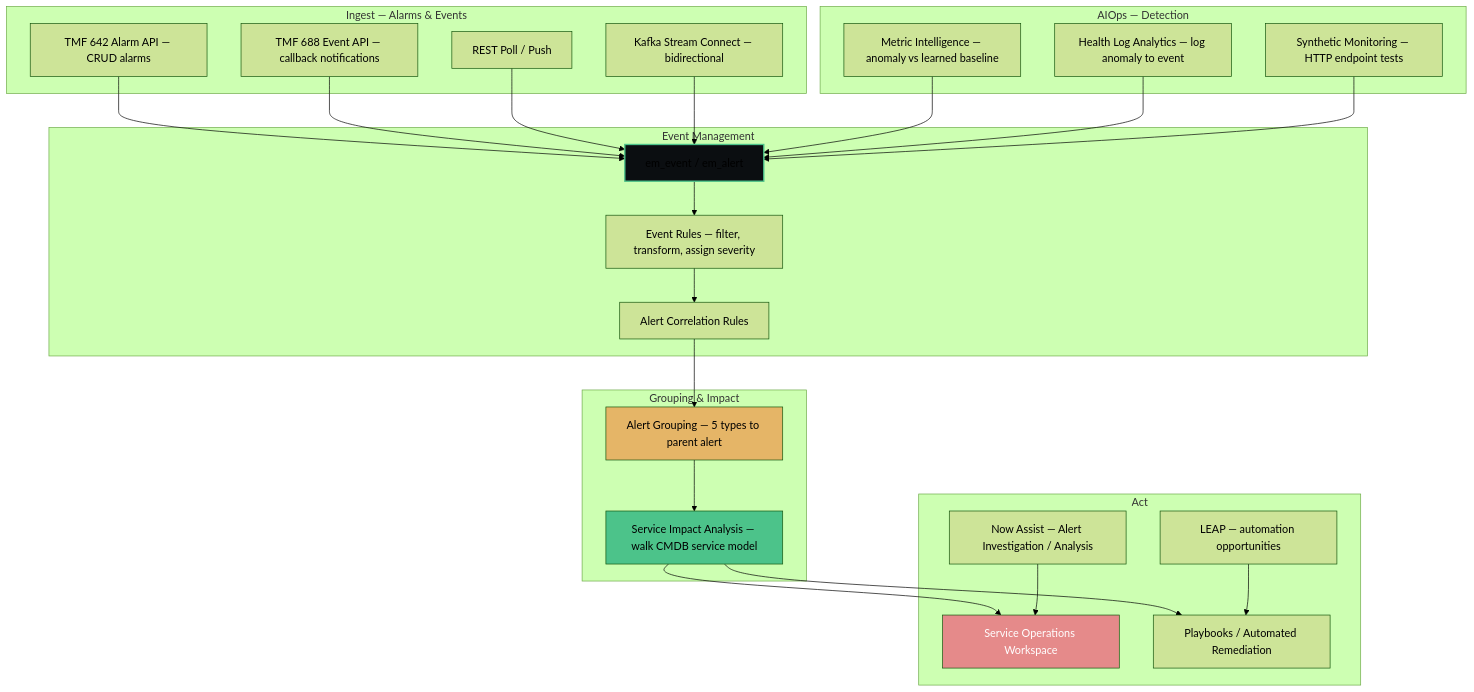
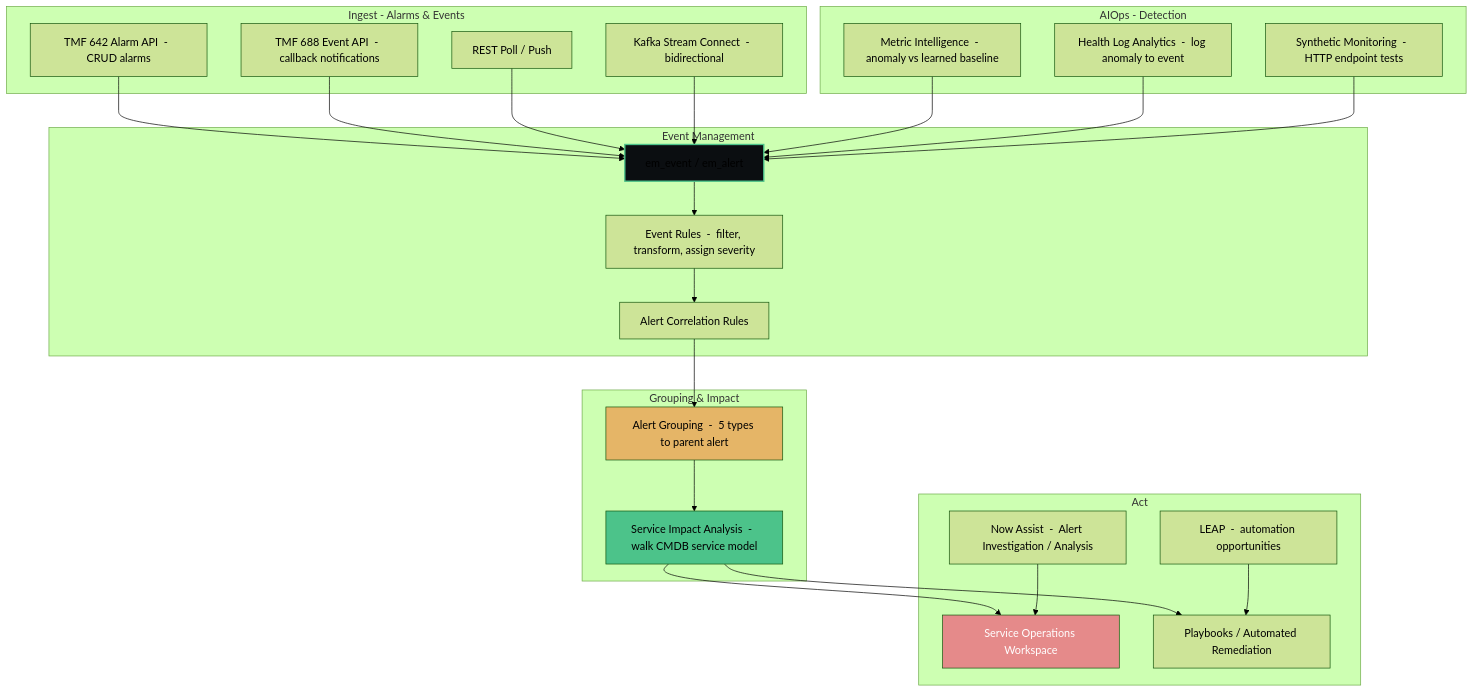
Before and after one commit to eltonaguiar/ServiceNow_Learning_TSOM-_CSM_FSM_SalesCRM_HAM_ITSM: the fourth of 6 diagrams in docs/modules/tsom/tsom-guide.md, drawn with Mermaid (forest theme). The commit also changed other lines of this file and 10 other files, not shown here.

First line of the commit message:
Fix Mermaid diagram unicode characters causing syntax errors

````diff
--- a/docs/modules/tsom/tsom-guide.md
+++ b/docs/modules/tsom/tsom-guide.md
@@ -1068,54 +1068,54 @@
 ```mermaid
 flowchart TD
-    subgraph "Ingest — Alarms & Events"
-        TMF642[TMF 642 Alarm API — CRUD alarms]
-        TMF688[TMF 688 Event API — callback notifications]
+    subgraph "Ingest  -  Alarms & Events"
+        TMF642[TMF 642 Alarm API  -  CRUD alarms]
+        TMF688[TMF 688 Event API  -  callback notifications]
         REST[REST Poll / Push]
-        KAFKA[Kafka Stream Connect — bidirectional]
+        KAFKA[Kafka Stream Connect  -  bidirectional]
     end
 
     subgraph "Event Management"
         EM[em_event / em_alert]
-        ER[Event Rules — filter, transform, assign severity]
+        ER[Event Rules  -  filter, transform, assign severity]
         AC[Alert Correlation Rules]
     end
 
-    subgraph "AIOps — Detection"
-        MI[Metric Intelligence — anomaly vs learned baseline]
-        HLA[Health Log Analytics — log anomaly to event]
-        SM[Synthetic Monitoring — HTTP endpoint tests]
+    subgraph "AIOps  -  Detection"
+        MI[Metric Intelligence  -  anomaly vs learned baseline]
+        HLA[Health Log Analytics  -  log anomaly to event]
+        SM[Synthetic Monitoring  -  HTTP endpoint tests]
     end
 
     subgraph "Grouping & Impact"
-        GRP[Alert Grouping — 5 types to parent alert]
-        SIA[Service Impact Analysis — walk CMDB service model]
+        GRP[Alert Grouping  -  5 types to parent alert]
+        SIA[Service Impact Analysis  -  walk CMDB service model]
     end
 
     subgraph "Act"
         SOW[Service Operations Workspace]
         PLAY[Playbooks / Automated Remediation]
-        LEAP[LEAP — automation opportunities]
-        NA[Now Assist — Alert Investigation / Analysis]
+        LEAP[LEAP  -  automation opportunities]
+        NA[Now Assist  -  Alert Investigation / Analysis]
     end
 
     TMF642 --> EM
     TMF688 --> EM
     REST --> EM
     KAFKA --> EM
     EM --> ER
     ER --> AC
     MI --> EM
     HLA --> EM
     SM --> EM
     AC --> GRP
     GRP --> SIA
     SIA --> SOW
     SIA --> PLAY
     LEAP --> PLAY
     NA --> SOW
 
     style EM fill:#0b0e11,stroke:#4cc38a,stroke-width:2px
     style GRP fill:#e5b567,color:#000
     style SIA fill:#4cc38a,color:#000
     style SOW fill:#e58a8a,color:#fff
 ```
````
